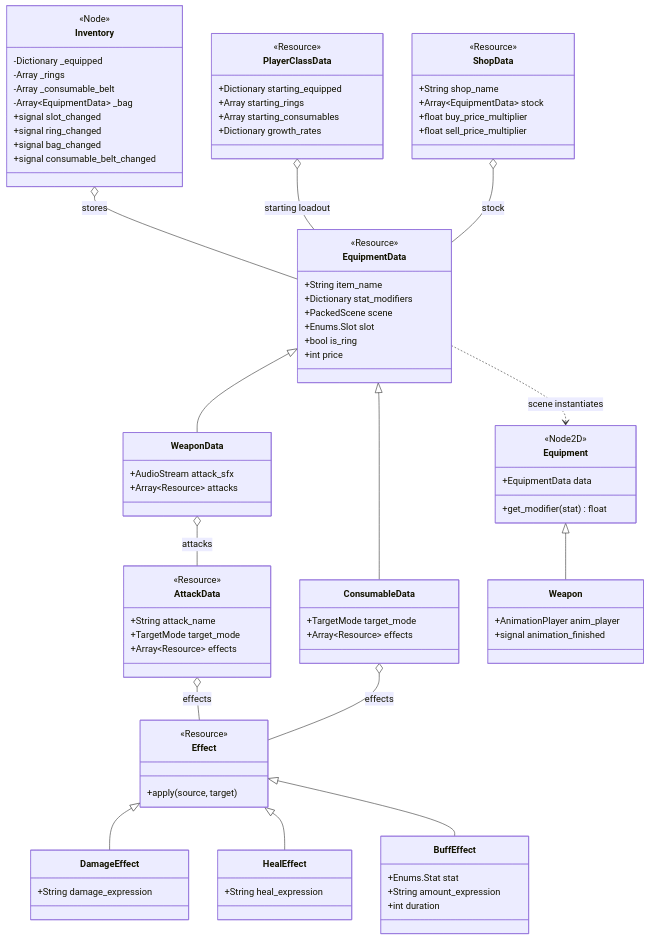
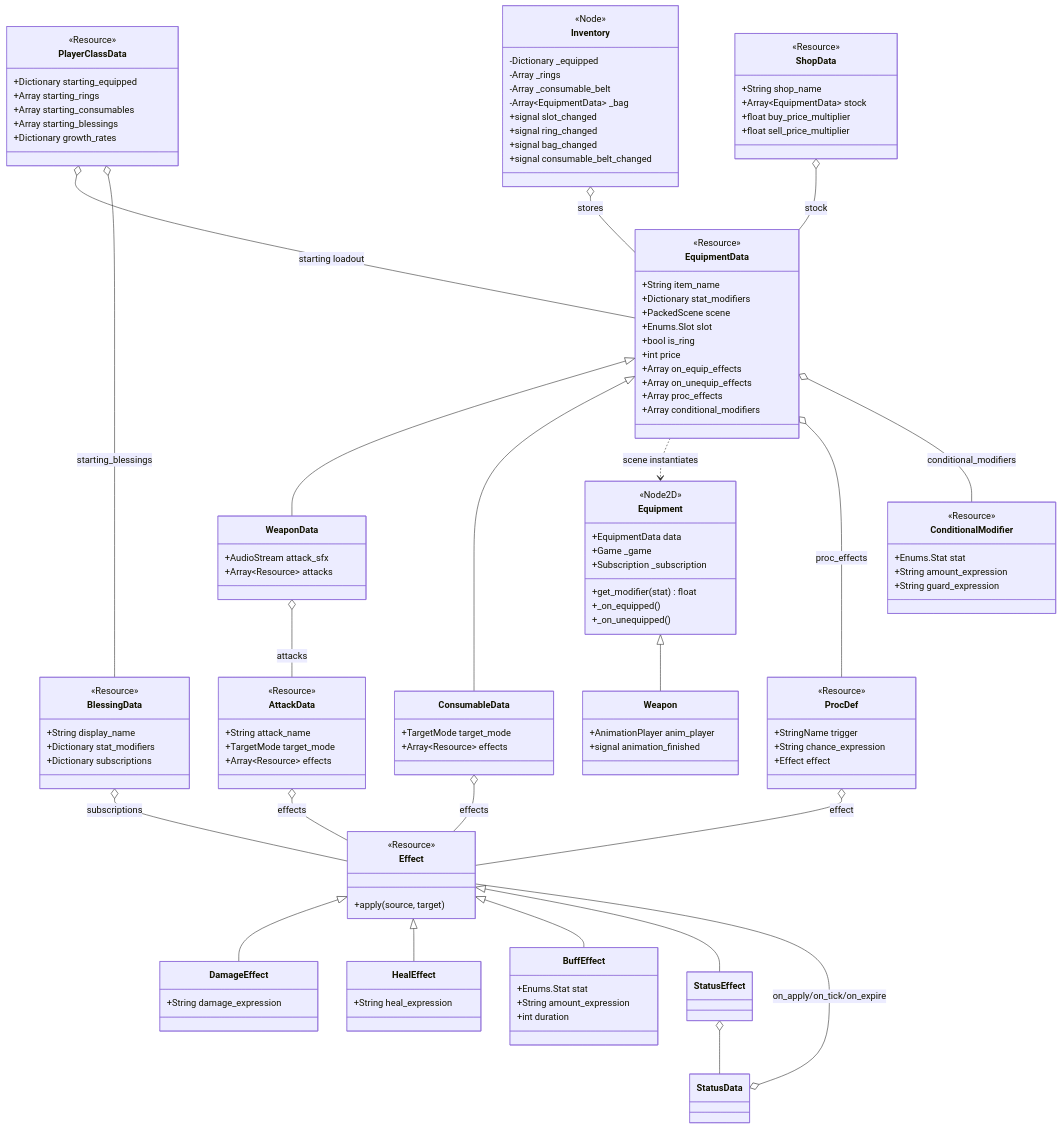
One commit to mjholder/crawler changed the fourth of 5 diagrams in journal/architecture.md. Above: the diagram before and after it, drawn with Mermaid. The commit also changed other lines of this file and 44 other files, not shown here.

````diff
--- a/journal/architecture.md
+++ b/journal/architecture.md
@@ -170,6 +180,22 @@
         +Enums.Slot slot
         +bool is_ring
         +int price
+        +Array on_equip_effects
+        +Array on_unequip_effects
+        +Array proc_effects
+        +Array conditional_modifiers
+    }
+    class ProcDef {
+        <<Resource>>
+        +StringName trigger
+        +String chance_expression
+        +Effect effect
+    }
+    class ConditionalModifier {
+        <<Resource>>
+        +Enums.Stat stat
+        +String amount_expression
+        +String guard_expression
     }
     class WeaponData {
         +AudioStream attack_sfx
@@ -200,11 +226,18 @@
         +TargetMode target_mode
         +Array~Resource~ effects
     }
+    class BlessingData {
+        <<Resource>>
+        +String display_name
+        +Dictionary stat_modifiers
+        +Dictionary subscriptions
+    }
     class PlayerClassData {
         <<Resource>>
         +Dictionary starting_equipped
         +Array starting_rings
         +Array starting_consumables
+        +Array starting_blessings
         +Dictionary growth_rates
     }
     class ShopData {
@@ -217,7 +250,11 @@
     class Equipment {
         <<Node2D>>
         +EquipmentData data
+        +Game _game
+        +Subscription _subscription
         +get_modifier(stat) float
+        +_on_equipped()
+        +_on_unequipped()
     }
     class Weapon {
         +AnimationPlayer anim_player
@@ -239,8 +276,13 @@
     EquipmentData <|-- ConsumableData
     Equipment <|-- Weapon
     EquipmentData ..> Equipment : scene instantiates
+    EquipmentData o-- ProcDef : proc_effects
+    EquipmentData o-- ConditionalModifier : conditional_modifiers
+    ProcDef o-- Effect : effect
     Inventory o-- EquipmentData : stores
     PlayerClassData o-- EquipmentData : starting loadout
+    PlayerClassData o-- BlessingData : starting_blessings
+    BlessingData o-- Effect : subscriptions
     ShopData o-- EquipmentData : stock
     WeaponData o-- AttackData : attacks
     AttackData o-- Effect : effects
@@ -248,4 +290,7 @@
     Effect <|-- DamageEffect
     Effect <|-- HealEffect
     Effect <|-- BuffEffect
+    Effect <|-- StatusEffect
+    StatusEffect o-- StatusData
+    StatusData o-- Effect : on_apply/on_tick/on_expire
 ```
````
